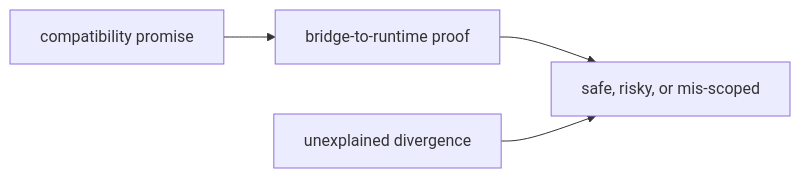
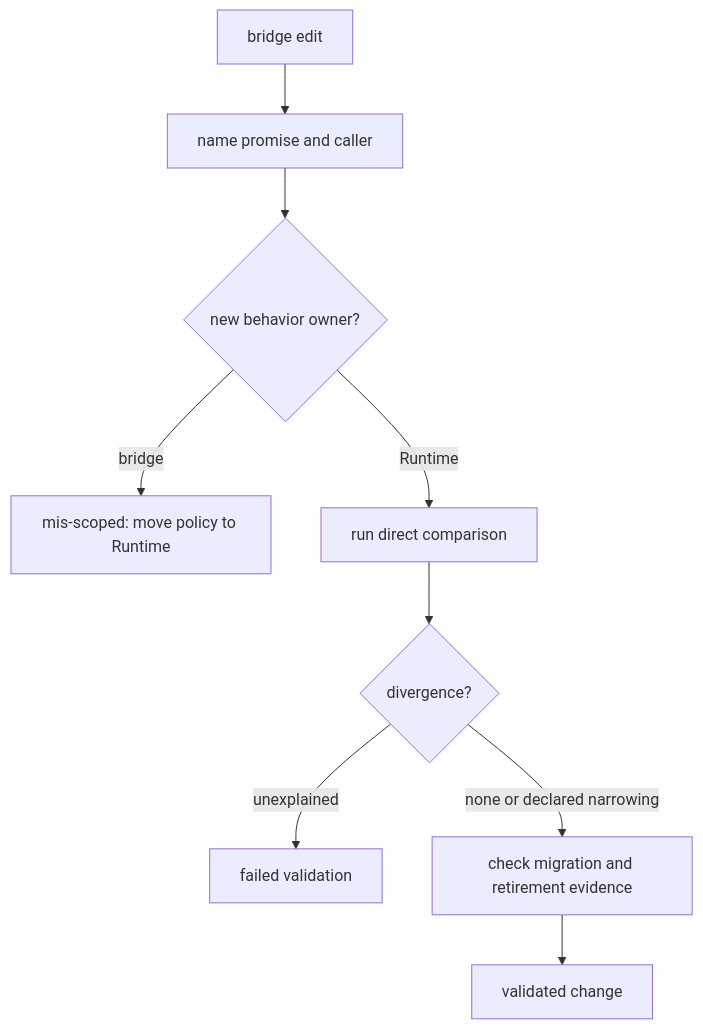
The diagram in docs/02-agentic-proteins/quality/change-validation.md (bijux/bijux-proteomics), drawn with Mermaid before and after one commit. The commit also changed other lines of this file and 2 other files, not shown here.

Commit message:
docs(compatibility): map parity validation evidence

````diff
--- a/docs/02-agentic-proteins/quality/change-validation.md
+++ b/docs/02-agentic-proteins/quality/change-validation.md
@@ -16,10 +29,11 @@
 ```mermaid
-flowchart LR
-    promise["compatibility promise"]
-    proof["bridge-to-runtime proof"]
-    divergence["unexplained divergence"]
-    verdict["safe, risky, or mis-scoped"]
-
-    promise --> proof --> verdict
-    divergence --> verdict
+flowchart TD
+    E["bridge edit"] --> P["name promise and caller"]
+    P --> O{"new behavior owner?"}
+    O -->|bridge| M["mis-scoped: move policy to Runtime"]
+    O -->|Runtime| C["run direct comparison"]
+    C --> D{"divergence?"}
+    D -->|unexplained| F["failed validation"]
+    D -->|none or declared narrowing| R["check migration and retirement evidence"]
+    R --> V["validated change"]
 ```
````
